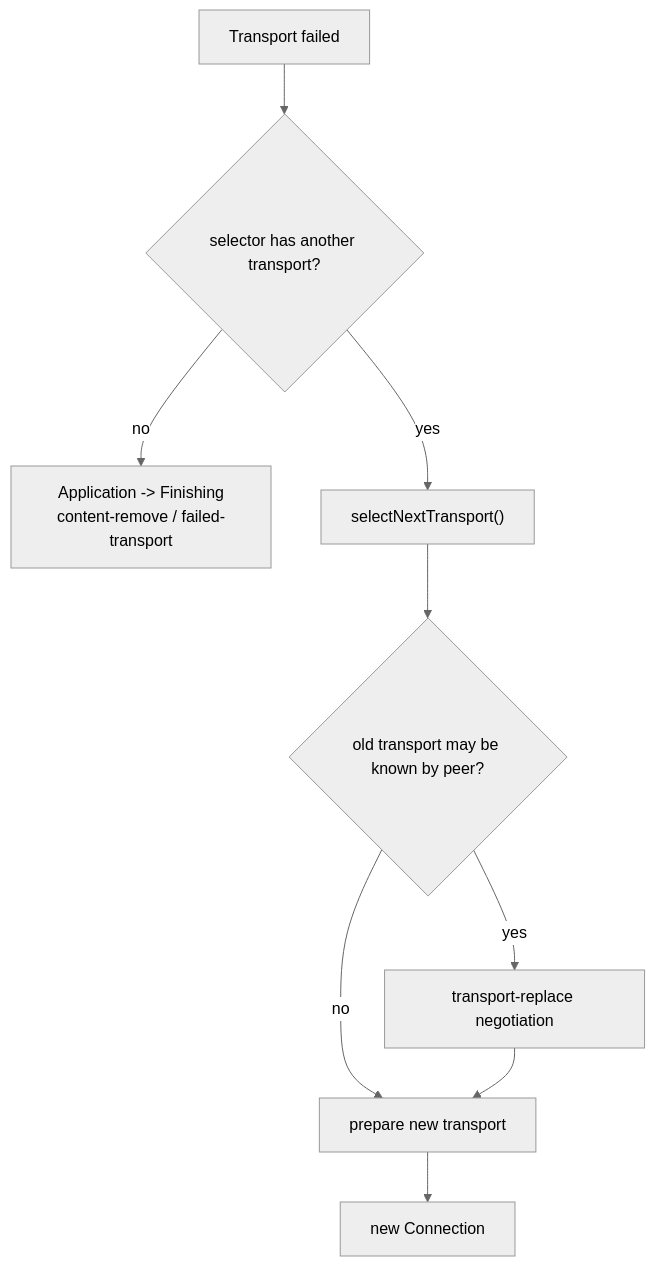
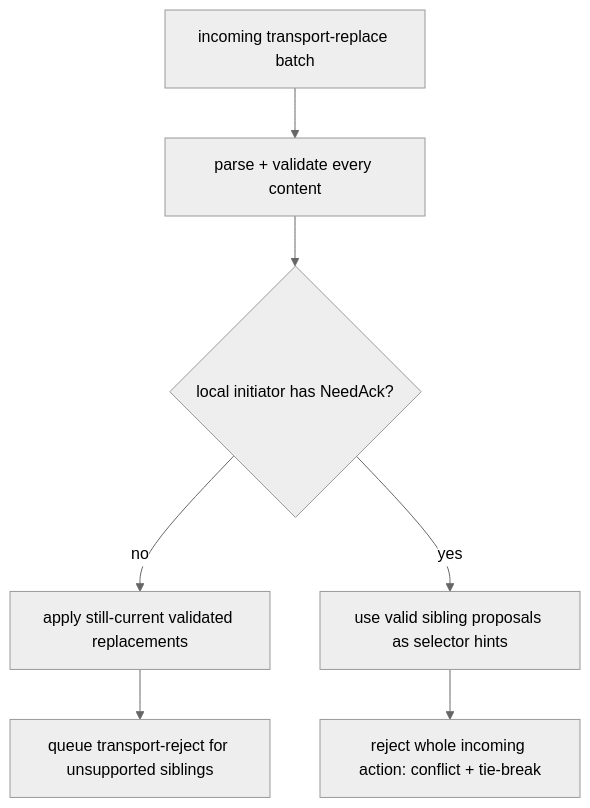
One commit to psi-im/iris changed the tenth of 10 diagrams in docs/jingle.md. Above: the diagram before and after it, drawn with Mermaid (neutral theme). The commit also changed other lines of this file and 1 other file, not shown here.

Commit message:
Document transport-replace signaling invariants

````diff
--- a/docs/jingle.md
+++ b/docs/jingle.md
@@ -555,11 +648,9 @@
 ```mermaid
 flowchart TD
-    Fail["Transport failed"] --> More{"selector has another transport?"}
-    More -->|no| Remove["Application -> Finishing<br/>content-remove / failed-transport"]
-    More -->|yes| Select["selectNextTransport()"]
-    Select --> Known{"old transport may be known by peer?"}
-    Known -->|no| Prepare["prepare new transport"]
-    Known -->|yes| Replace["transport-replace negotiation"]
-    Replace --> Prepare
-    Prepare --> Conn["new Connection"]
+    Incoming["incoming transport-replace batch"] --> Validate["parse + validate every content"]
+    Validate --> Collision{"local initiator has NeedAck?"}
+    Collision -->|no| Apply["apply still-current validated replacements"]
+    Apply --> RejectUnsupported["queue transport-reject for unsupported siblings"]
+    Collision -->|yes| Hints["use valid sibling proposals as selector hints"]
+    Hints --> Tie["reject whole incoming action: conflict + tie-break"]
 ```
````
